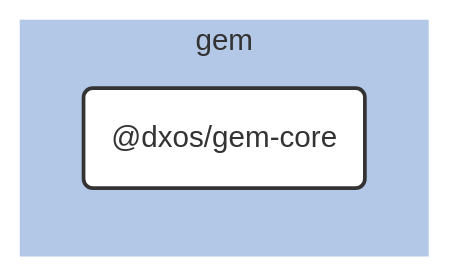
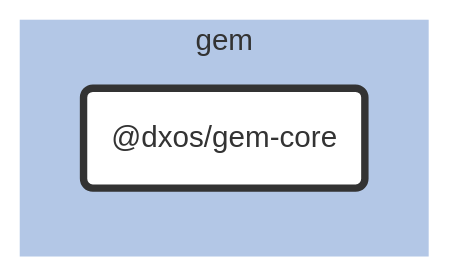
The diagram in packages/gem/gem-core/docs/README.md (dxos/dxos), drawn with Mermaid before and after one commit. The commit also changed 683 other files, not shown here.

````diff
--- a/packages/gem/gem-core/docs/README.md
+++ b/packages/gem/gem-core/docs/README.md
@@ -7,25 +7,20 @@
 ```mermaid
 %%{ init: {'flowchart':{'curve':'basis'}} }%%
 
 flowchart LR
 
-%% Links
+%% Classes
+classDef def fill:#fff,stroke:#333,stroke-width:1px
+classDef root fill:#fff,stroke:#333,stroke-width:4px
 
-%% Sections
-subgraph gem
-  style gem fill:#b3c7e6,stroke:#fff;
+%% Nodes
 
-  dxos/gem-core("@dxos/gem-core")
+subgraph gem [gem]
+  style gem fill:#b3c7e6,stroke:#fff
+  dxos/gem-core("@dxos/gem-core"):::root
+  click dxos/gem-core "dxos/dxos/tree/main/packages/gem/gem-core/docs"
 end
 
-
-%% Hyperlinks
-
-%% Styles
-classDef rootNode fill:#fff,stroke:#333,stroke-width:2px
-classDef defaultNode fill:#fff,stroke:#333,stroke-width:1px
+%% Links
 linkStyle default stroke:#333,stroke-width:1px
-
-dxos/gem-core:::rootNode
-
 ```
````
